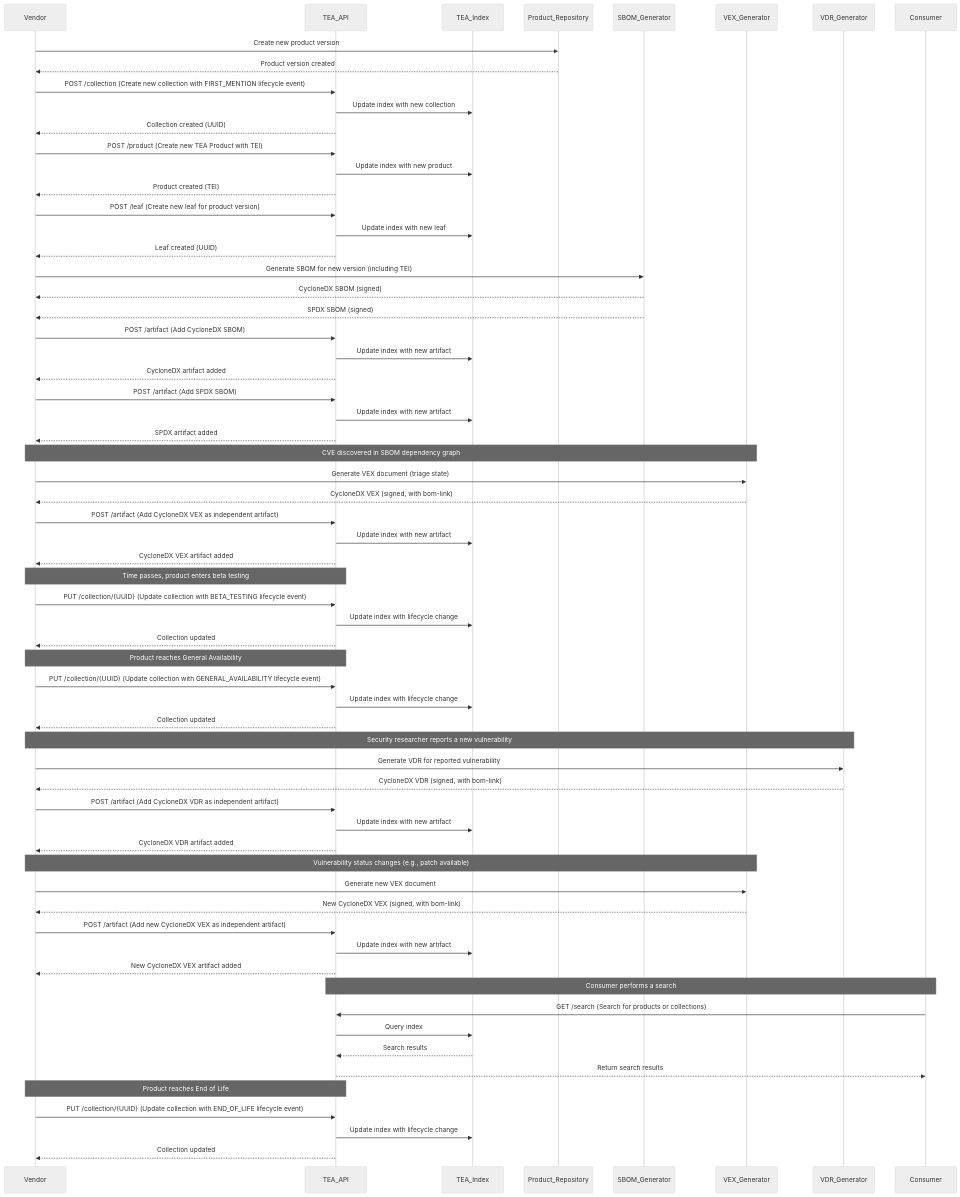
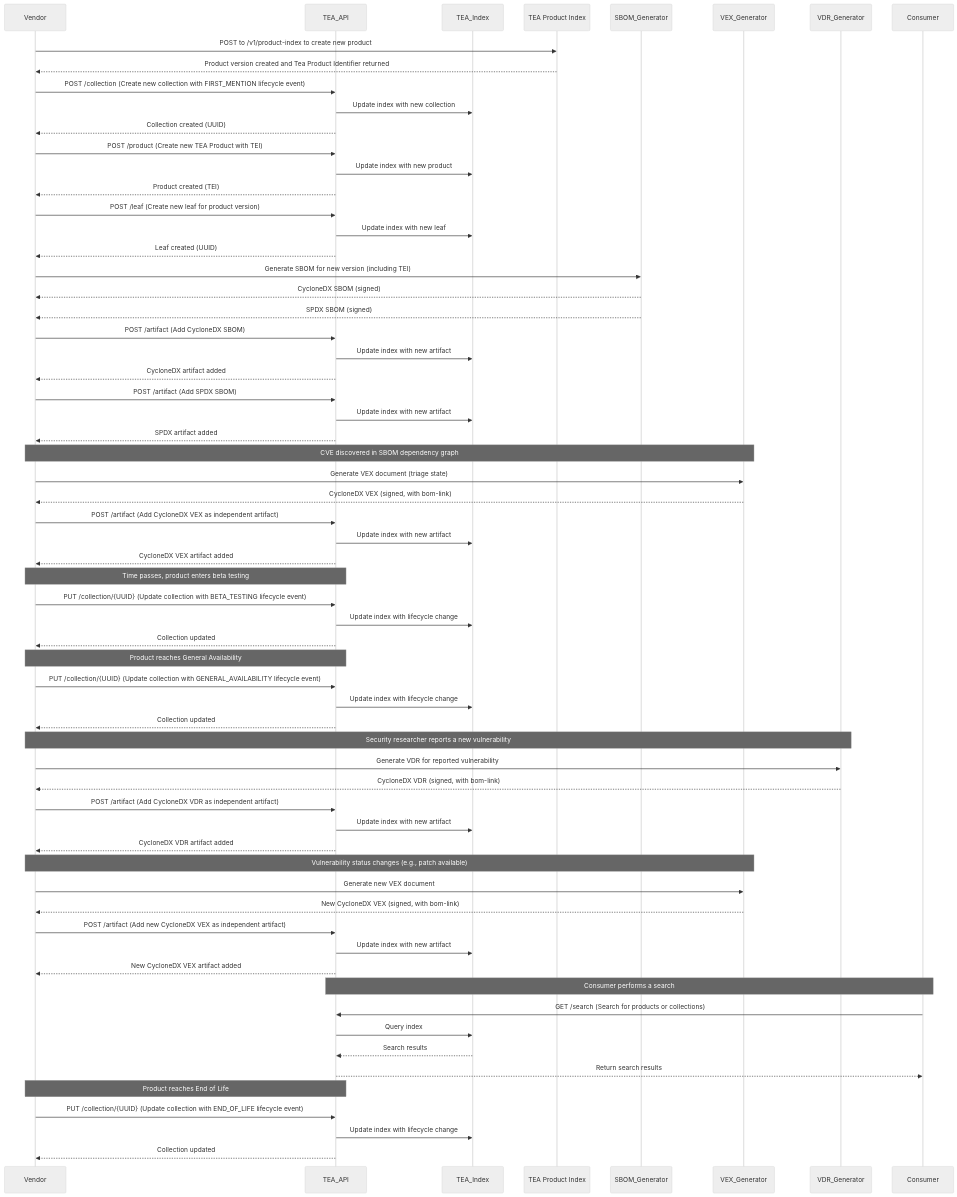
Before and after one commit to CycloneDX/transparency-exchange-api: the diagram in api-flow/publisher.md, drawn with Mermaid (neutral theme). The commit also changed 2 other files, not shown here.

Commit message:
Work in progress: overhaul and synchronize API docs with workflow docs

```diff
--- a/api-flow/publisher.md
+++ b/api-flow/publisher.md
@@ -8,14 +8,14 @@
     participant Vendor
     participant TEA_API
     participant TEA_Index
-    participant Product_Repository
+    participant TEA Product Index
     participant SBOM_Generator
     participant VEX_Generator
     participant VDR_Generator
     participant Consumer
 
-    Vendor->>Product_Repository: Create new product version
-    Product_Repository-->>Vendor: Product version created
+    Vendor ->> TEA Product Index: POST to /v1/product-index to create new product
+    TEA Product Index -->> Vendor: Product version created and Tea Product Identifier returned
 
     Vendor->>TEA_API: POST /collection (Create new collection with FIRST_MENTION lifecycle event)
     TEA_API->>TEA_Index: Update index with new collection
```
